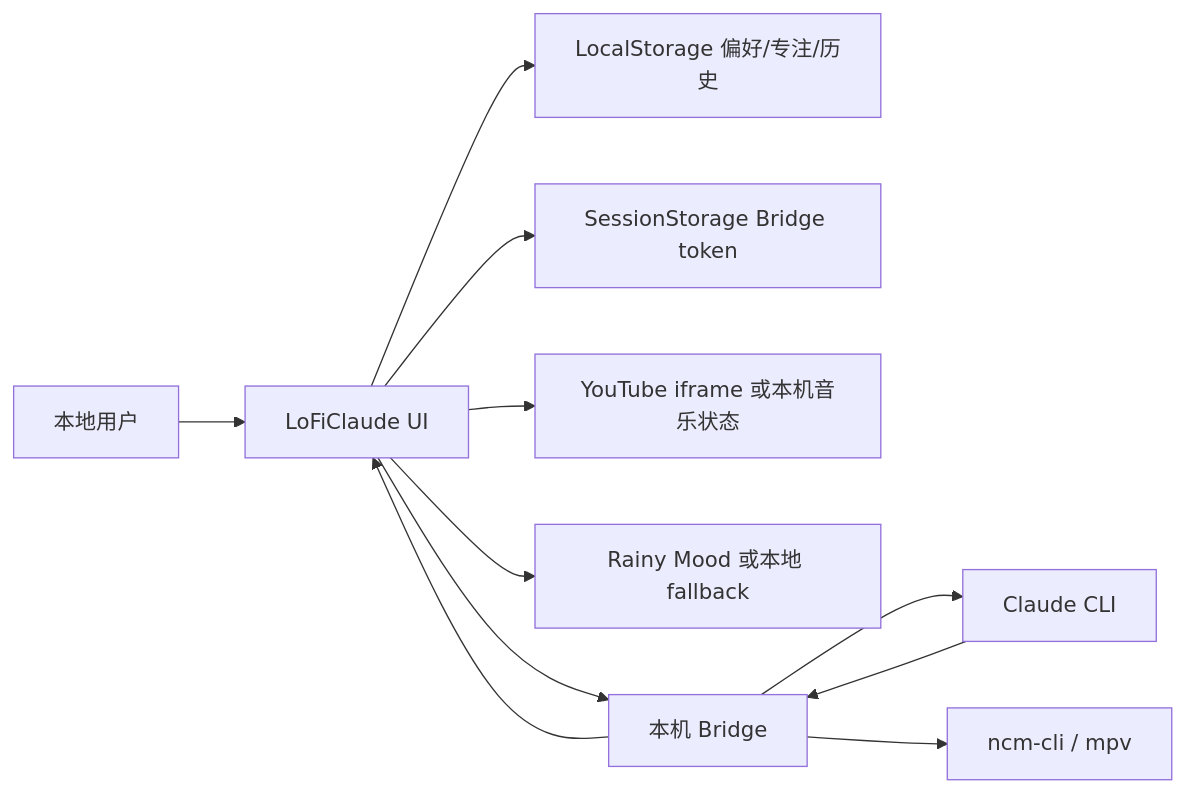
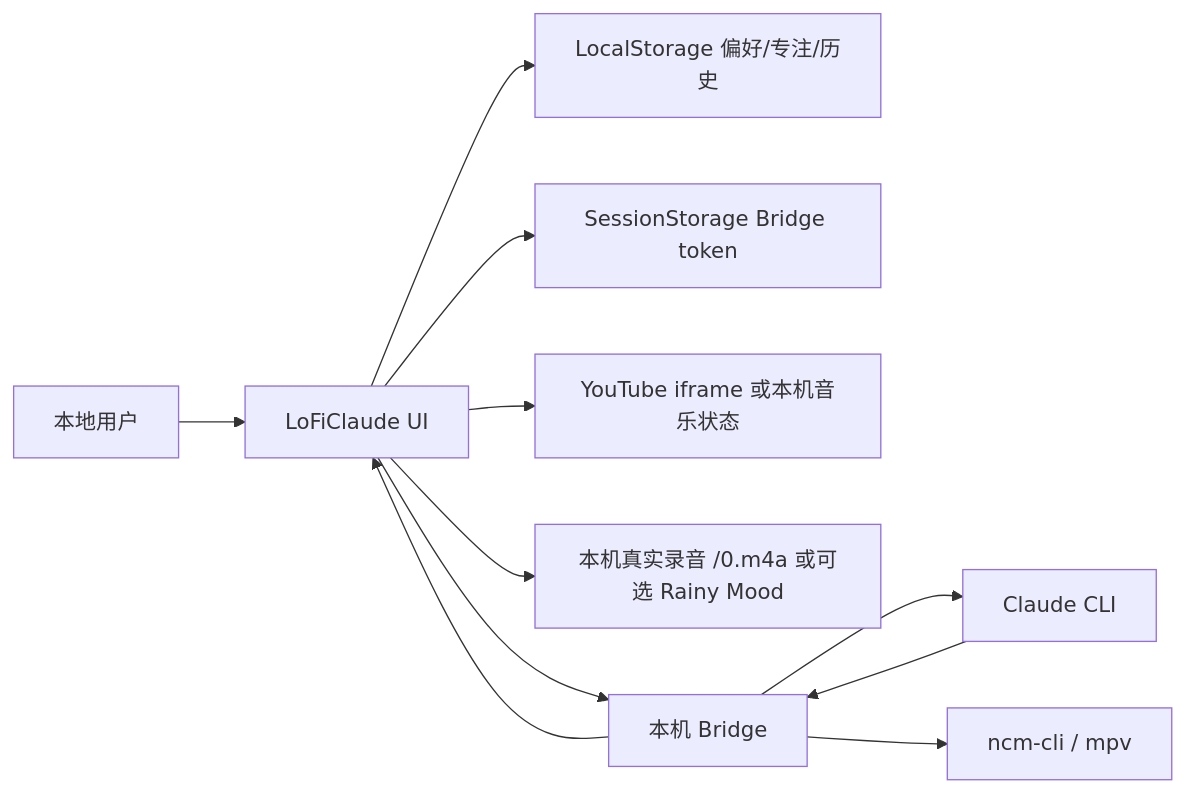
The third of 5 diagrams in docs/LoFiClaude_PRD_V1.1.0.md (Eliotcute/loficlaude), drawn with Mermaid before and after one commit. The commit also changed other lines of this file and 35 other files, not shown here.

````diff
--- a/docs/LoFiClaude_PRD_V1.1.0.md
+++ b/docs/LoFiClaude_PRD_V1.1.0.md
@@ -151,13 +153,13 @@
 ```mermaid
 flowchart LR
     U[本地用户] --> UI[LoFiClaude UI]
     UI --> LS[LocalStorage 偏好/专注/历史]
     UI --> SS[SessionStorage Bridge token]
     UI --> YT[YouTube iframe 或本机音乐状态]
-    UI --> RM[Rainy Mood 或本地 fallback]
+    UI --> RM[本机真实录音 /0.m4a 或可选 Rainy Mood]
     UI --> WS[本机 Bridge]
     WS --> CLI[Claude CLI]
     WS --> NCM[ncm-cli / mpv]
     CLI --> WS
     WS --> UI
 ```
````
